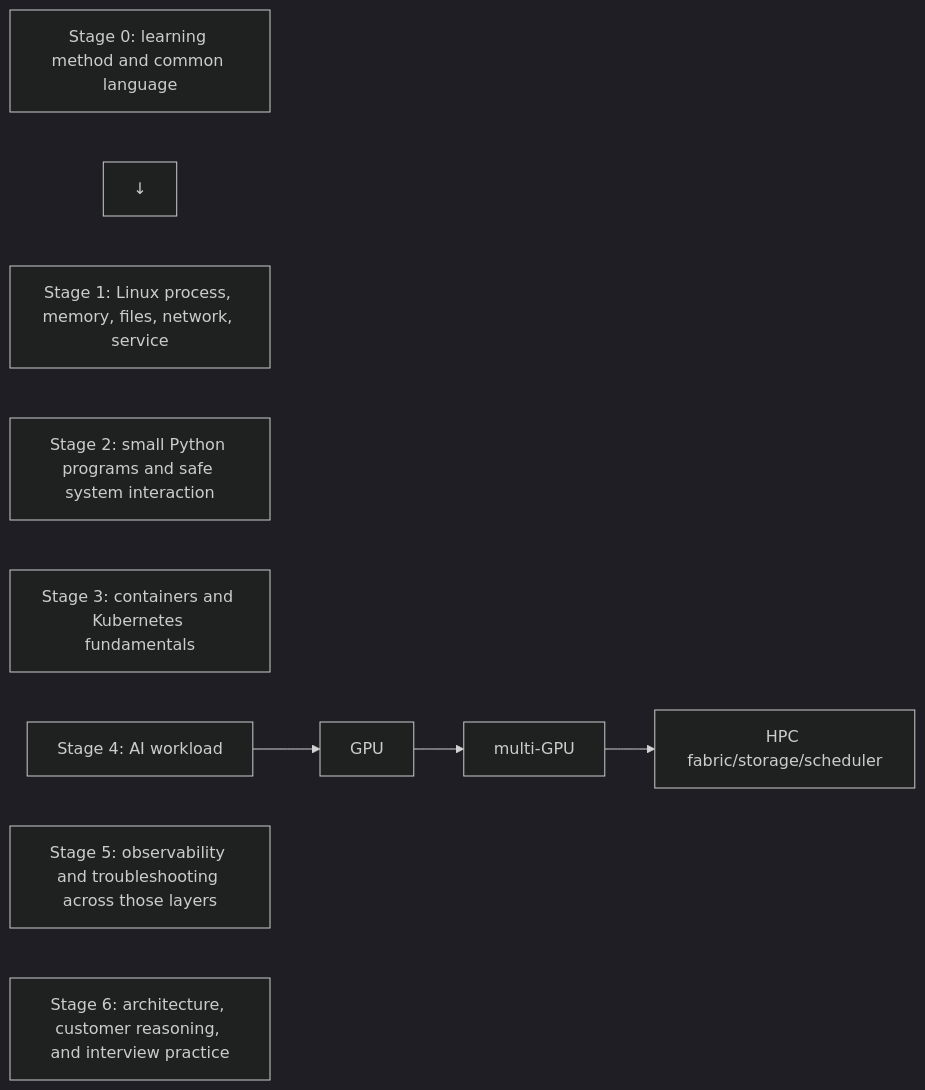
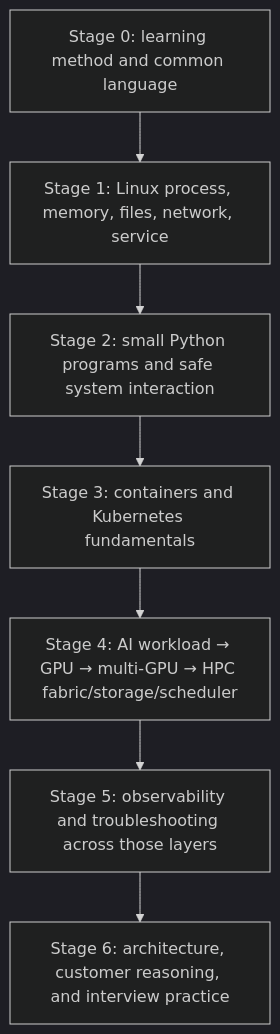
The diagram in docs/intro/02-foundation-learning-path.md (jithinpnjm/nvidia-devops), drawn with Mermaid (dark theme) before and after one commit. The commit also changed 99 other files, not shown here.

````diff
--- a/docs/intro/02-foundation-learning-path.md
+++ b/docs/intro/02-foundation-learning-path.md
@@ -17,18 +17,9 @@
 ```mermaid
-flowchart LR
-  %% Converted from the original ASCII diagram; source wording is preserved.
-  n0["Stage 0: learning method and common language"]
-  n1["↓"]
-  n2["Stage 1: Linux process, memory, files, network, service"]
-  n3["Stage 2: small Python programs and safe system interaction"]
-  n4["Stage 3: containers and Kubernetes fundamentals"]
-  n5["Stage 4: AI workload"]
-  n6["GPU"]
-  n7["multi-GPU"]
-  n8["HPC fabric/storage/scheduler"]
-  n9["Stage 5: observability and troubleshooting across those layers"]
-  n10["Stage 6: architecture, customer reasoning, and interview practice"]
-  n5 --> n6
-  n6 --> n7
-  n7 --> n8
+flowchart TD
+  S0["Stage 0: learning method and common language"] --> S1["Stage 1: Linux process, memory, files, network, service"]
+  S1 --> S2["Stage 2: small Python programs and safe system interaction"]
+  S2 --> S3["Stage 3: containers and Kubernetes fundamentals"]
+  S3 --> S4["Stage 4: AI workload → GPU → multi-GPU → HPC fabric/storage/scheduler"]
+  S4 --> S5["Stage 5: observability and troubleshooting across those layers"]
+  S5 --> S6["Stage 6: architecture, customer reasoning, and interview practice"]
 ```
````
